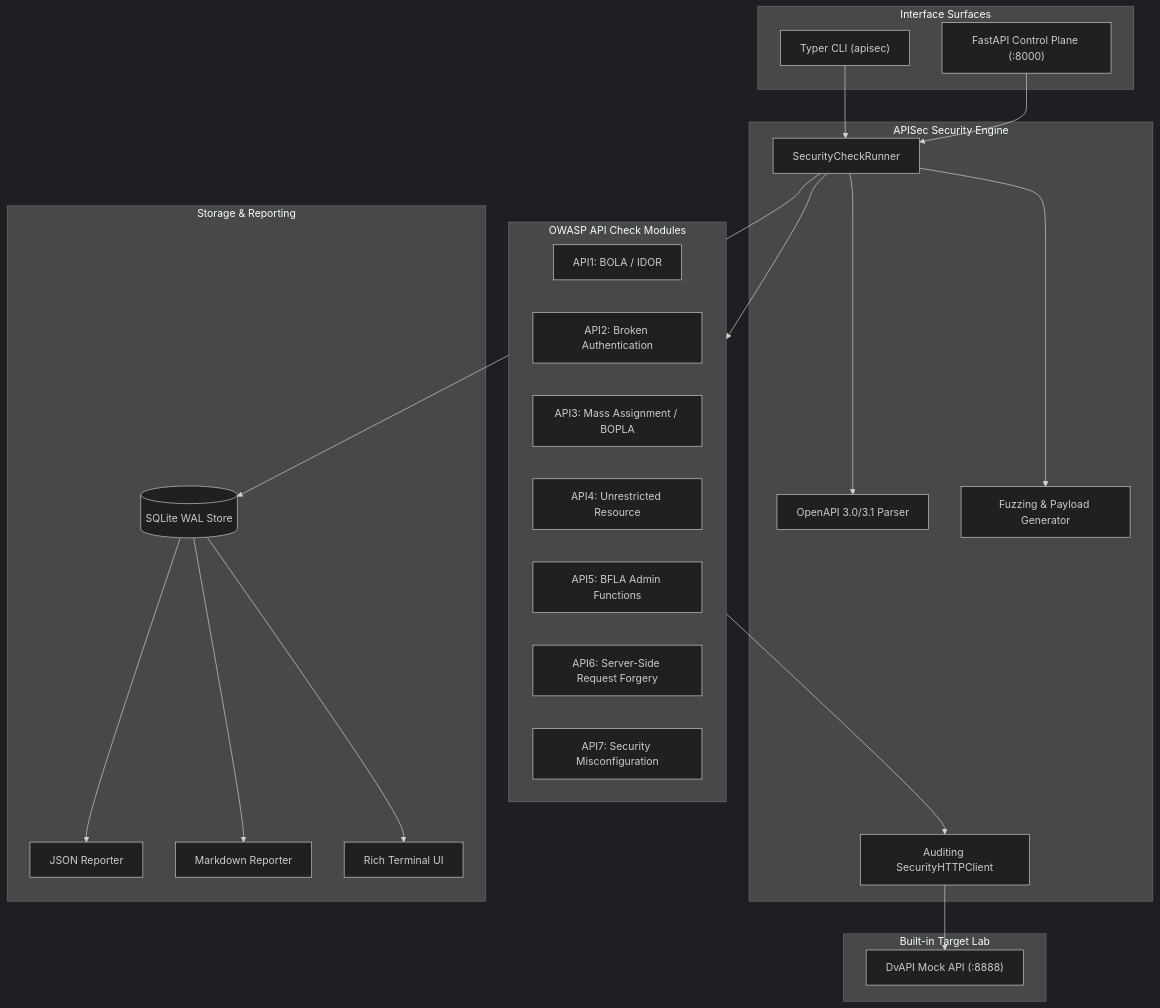
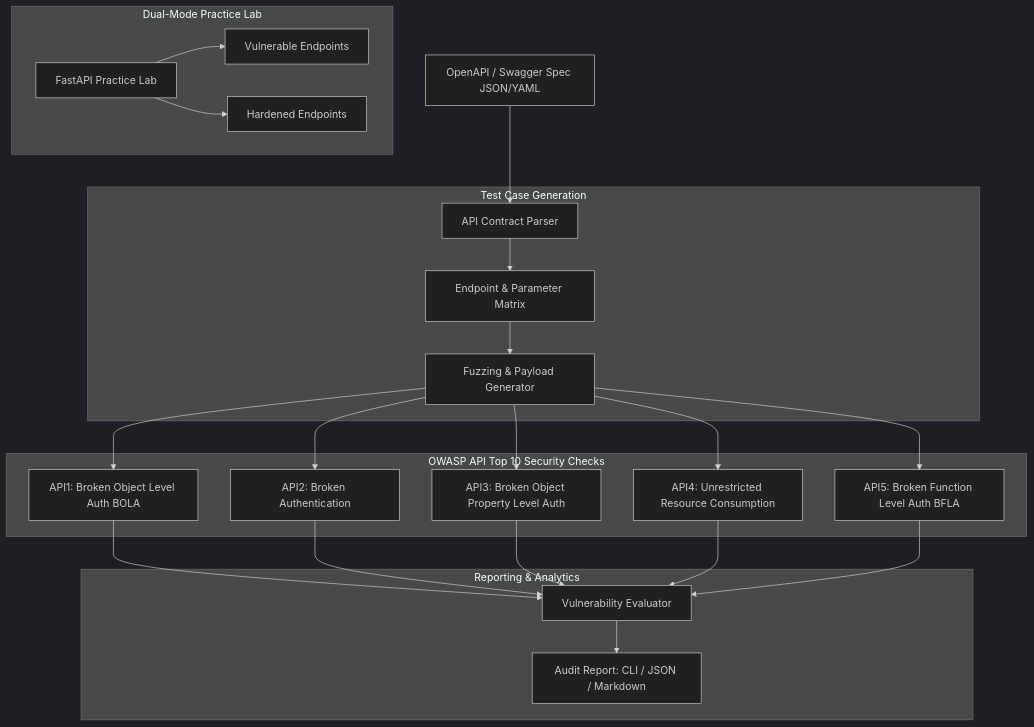
The diagram in README.md (Krish9800/api-security-testing-lab), drawn with Mermaid (dark theme) before and after one commit. The commit also changed other lines of this file, not shown here.

Commit message:
docs: comprehensive technical README refresh and architecture documentation

````diff
--- a/README.md
+++ b/README.md
@@ -16,47 +23,32 @@
 ```mermaid
 flowchart TD
-    subgraph Interfaces["Interface Surfaces"]
-        CLI["Typer CLI (apisec)"]
-        REST["FastAPI Control Plane (:8000)"]
+    Spec[OpenAPI / Swagger Spec JSON/YAML] --> Parser[API Contract Parser]
+
+    subgraph Test Case Generation
+        Parser --> EndpointMap[Endpoint & Parameter Matrix]
+        EndpointMap --> Generator[Fuzzing & Payload Generator]
     end
 
-    subgraph CoreEngine["APISec Security Engine"]
-        Parser["OpenAPI 3.0/3.1 Parser"]
-        PayloadGen["Fuzzing & Payload Generator"]
-        Runner["SecurityCheckRunner"]
-        HttpClient["Auditing SecurityHTTPClient"]
+    subgraph OWASP API Top 10 Security Checks
+        Generator --> BOLA[API1: Broken Object Level Auth BOLA]
+        Generator --> BrokenAuth[API2: Broken Authentication]
+        Generator --> MassAssign[API3: Broken Object Property Level Auth]
+        Generator --> RateLimit[API4: Unrestricted Resource Consumption]
+        Generator --> BFLA[API5: Broken Function Level Auth BFLA]
     end
 
-    subgraph Checks["OWASP API Check Modules"]
-        BOLA["API1: BOLA / IDOR"]
-        AUTH["API2: Broken Authentication"]
-        MASS["API3: Mass Assignment / BOPLA"]
-        RATE["API4: Unrestricted Resource"]
-        BFLA["API5: BFLA Admin Functions"]
-        SSRF["API6: Server-Side Request Forgery"]
-        CORS["API7: Security Misconfiguration"]
+    subgraph Dual-Mode Practice Lab
+        Lab[FastAPI Practice Lab] --> VulnAPI[Vulnerable Endpoints]
+        Lab --> HardenedAPI[Hardened Endpoints]
     end
 
-    subgraph Storage["Storage & Reporting"]
-        DB[(SQLite WAL Store)]
-        JSONRep["JSON Reporter"]
-        MDRep["Markdown Reporter"]
-        RichRep["Rich Terminal UI"]
+    subgraph Reporting & Analytics
+        BOLA --> Evaluator[Vulnerability Evaluator]
+        BrokenAuth --> Evaluator
+        MassAssign --> Evaluator
+        RateLimit --> Evaluator
+        BFLA --> Evaluator
+
+        Evaluator --> Report[Audit Report: CLI / JSON / Markdown]
     end
-
-    subgraph Lab["Built-in Target Lab"]
-        DvAPI["DvAPI Mock API (:8888)"]
-    end
-
-    CLI --> Runner
-    REST --> Runner
-    Runner --> Parser
-    Runner --> PayloadGen
-    Runner --> Checks
-    Checks --> HttpClient
-    HttpClient --> DvAPI
-    Runner --> DB
-    DB --> JSONRep
-    DB --> MDRep
-    DB --> RichRep
 ```
````
